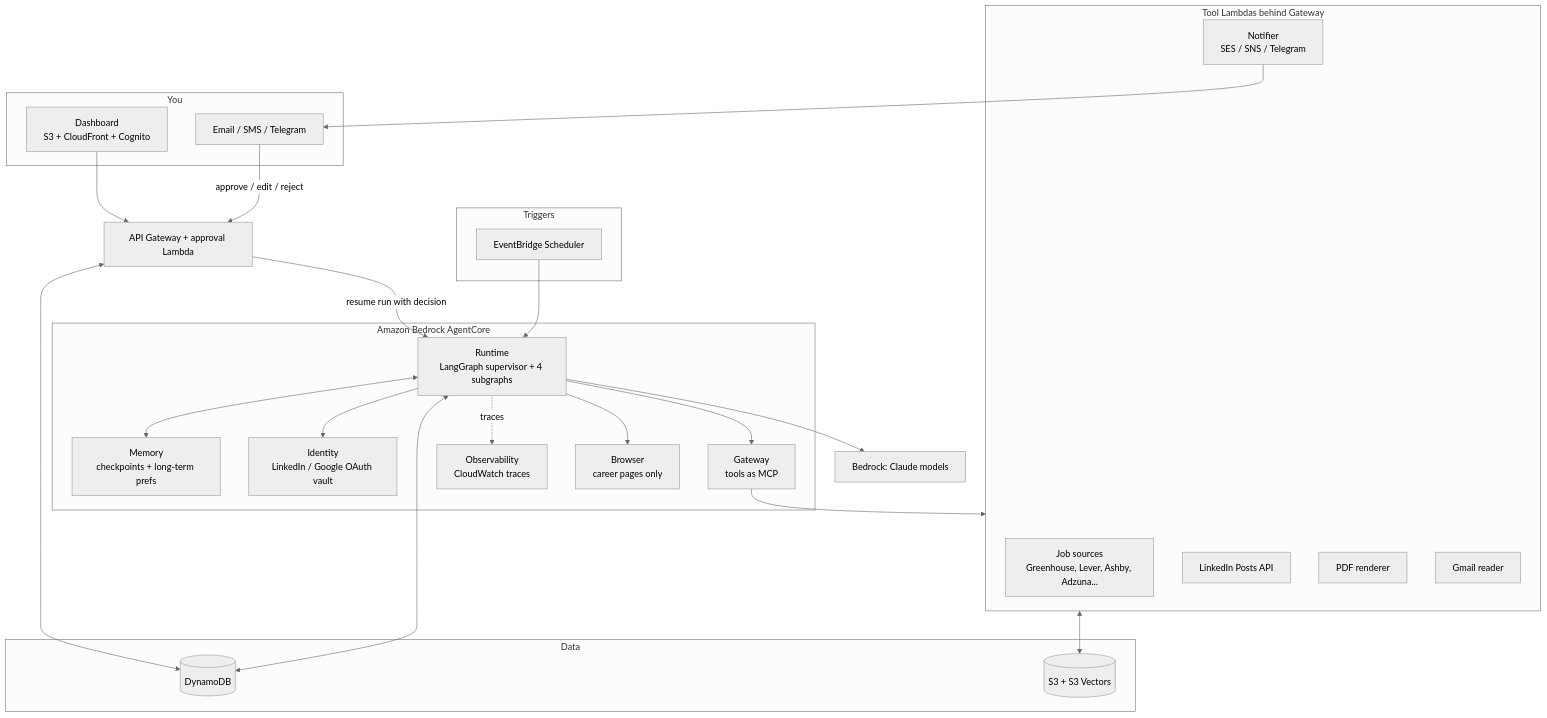
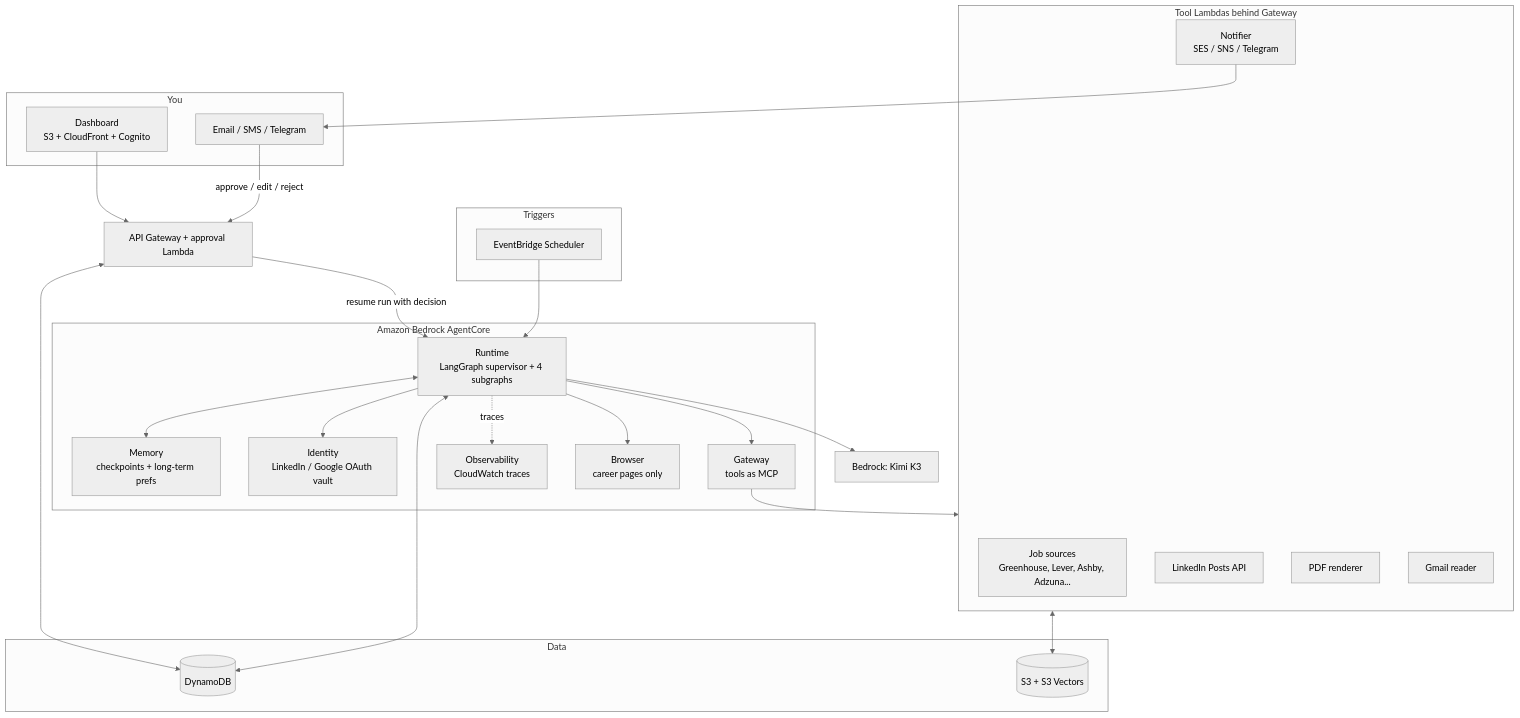
Before and after one commit to AjitJadhav-Tech/Personal-Agent: the first of 2 diagrams in docs/AGENTCORE_ARCHITECTURE.md, drawn with Mermaid (neutral theme). The commit also changed other lines of this file and 14 other files, not shown here.

First line of the commit message:
Switch to Kimi K3 on Bedrock and deploy through CodeBuild

````diff
--- a/docs/AGENTCORE_ARCHITECTURE.md
+++ b/docs/AGENTCORE_ARCHITECTURE.md
@@ -41,51 +42,51 @@
 ```mermaid
 flowchart TB
     subgraph You
         PHONE[Email / SMS / Telegram]
         DASH[Dashboard<br/>S3 + CloudFront + Cognito]
     end
 
     subgraph Triggers
         EB[EventBridge Scheduler]
     end
 
     subgraph AgentCore["Amazon Bedrock AgentCore"]
         RT[Runtime<br/>LangGraph supervisor + 4 subgraphs]
         MEM[Memory<br/>checkpoints + long-term prefs]
         ID[Identity<br/>LinkedIn / Google OAuth vault]
         GW[Gateway<br/>tools as MCP]
         OBS[Observability<br/>CloudWatch traces]
         BR[Browser<br/>career pages only]
     end
 
     subgraph Tools["Tool Lambdas behind Gateway"]
         JOBS[Job sources<br/>Greenhouse, Lever, Ashby, Adzuna...]
         LIPOST[LinkedIn Posts API]
         PDF[PDF renderer]
         NOTIFY[Notifier<br/>SES / SNS / Telegram]
         GMAIL[Gmail reader]
     end
 
     subgraph Data
         DDB[(DynamoDB)]
         S3[(S3 + S3 Vectors)]
     end
 
-    BED[Bedrock: Claude models]
+    BED[Bedrock: Kimi K3]
     APIGW[API Gateway + approval Lambda]
 
     EB --> RT
     RT <--> MEM
     RT --> ID
     RT --> GW --> Tools
     RT --> BR
     RT --> BED
     RT -.traces.-> OBS
     RT <--> DDB
     Tools <--> S3
     NOTIFY --> PHONE
     PHONE -->|approve / edit / reject| APIGW
     DASH --> APIGW
     APIGW -->|resume run with decision| RT
     APIGW <--> DDB
 ```
````
